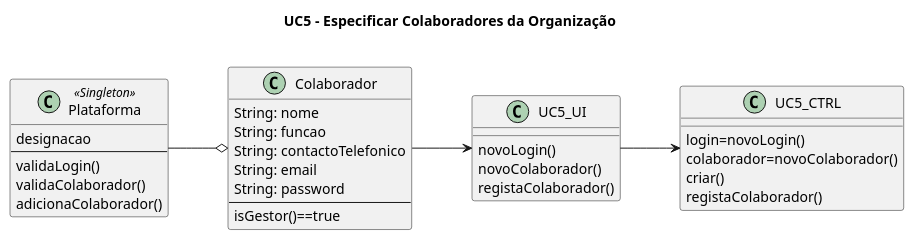
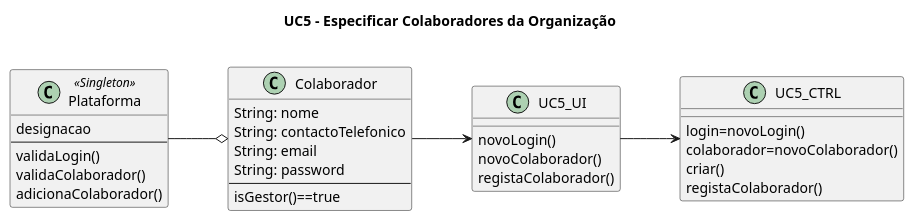
One commit to pedro-miguez/upskill_java1_labprg_grupo3 changed the diagram in Sprint 2/UC5_Especificar_Colaboradores_da_Organização/Diagrama de Classes-UC5-Especificar Colaboradores da Organização.puml. Above: the diagram before and after it, drawn with PlantUML. The commit also changed 2 other files, not shown here.

```diff
--- a/Sprint 2/UC5_Especificar_Colaboradores_da_Organização/Diagrama de Classes-UC5-Especificar Colaboradores da Organização.puml
+++ b/Sprint 2/UC5_Especificar_Colaboradores_da_Organização/Diagrama de Classes-UC5-Especificar Colaboradores da Organização.puml
@@ -1,42 +1,41 @@
 @startuml
 
 left to right direction
 
 title UC5 - Especificar Colaboradores da Organização\n
 
 Class Plataforma <<Singleton>> {
 designacao
 --
 validaLogin()
 validaColaborador()
 adicionaColaborador()
 }
 
 Class Colaborador{
 String: nome
-String: funcao
 String: contactoTelefonico
 String: email
 String: password
 --
 isGestor()==true
 }
 
 Class UC5_UI{
 novoLogin()
 novoColaborador()
 registaColaborador()
 }
 
 Class UC5_CTRL{
 login=novoLogin()
 colaborador=novoColaborador()
 criar()
 registaColaborador()
 }
 
 Plataforma --o Colaborador
 Colaborador --> UC5_UI
 UC5_UI --> UC5_CTRL
 
 @enduml
```
